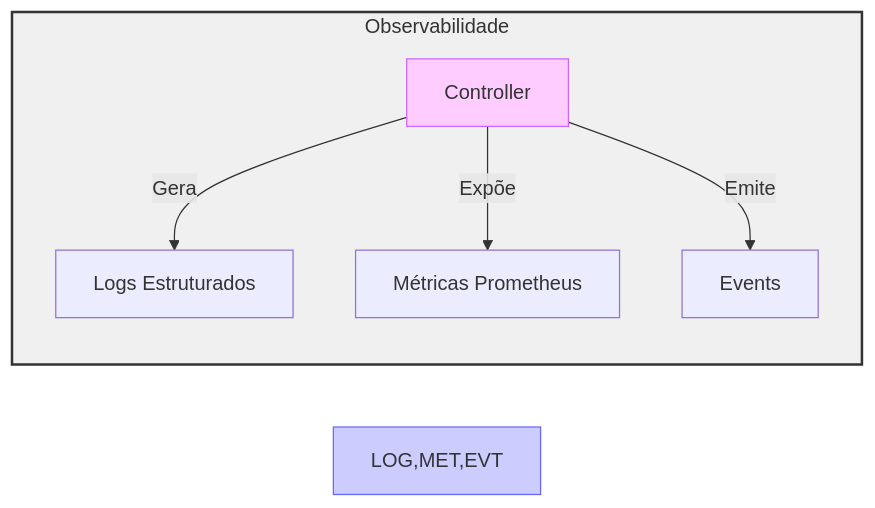
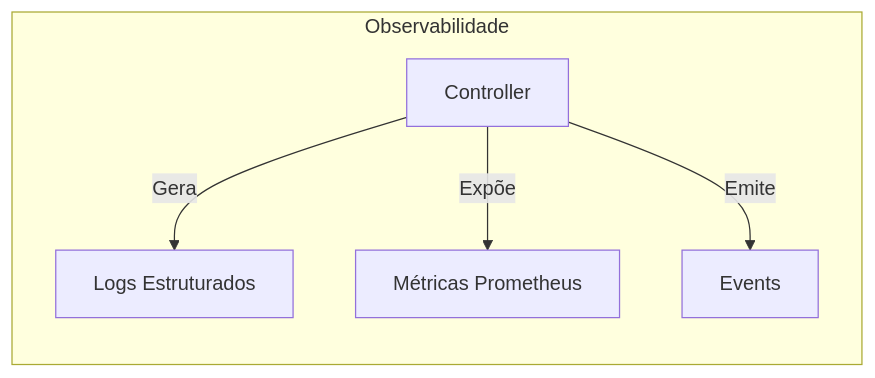
One commit to cloud104/tcloud-devops-k8s-operators-training changed the seventh of 9 diagrams in docs/extras/advanced-operator-patterns.md. Above: the diagram before and after it, drawn with Mermaid. The commit also changed other lines of this file and 6 other files, not shown here.

First line of the commit message:
docs: revisa material teorico, corrige APIs e melhora diagramas

````diff
--- a/docs/extras/advanced-operator-patterns.md
+++ b/docs/extras/advanced-operator-patterns.md
@@ -221,16 +205,12 @@
 ```mermaid
 flowchart LR
     subgraph OBS ["Observabilidade"]
         LOG["Logs Estruturados"]
         MET["Métricas Prometheus"]
         EVT["Events"]
         
         CTRL["Controller"] -->|"Gera"| LOG
         CTRL -->|"Expõe"| MET
         CTRL -->|"Emite"| EVT
     end
-    
-    style OBS fill:#f0f0f0,stroke:#333,stroke-width:2px
-    style LOG,MET,EVT fill:#ccccff,stroke:#6666ff
-    style CTRL fill:#ffccff,stroke:#cc66ff
 ```
````
